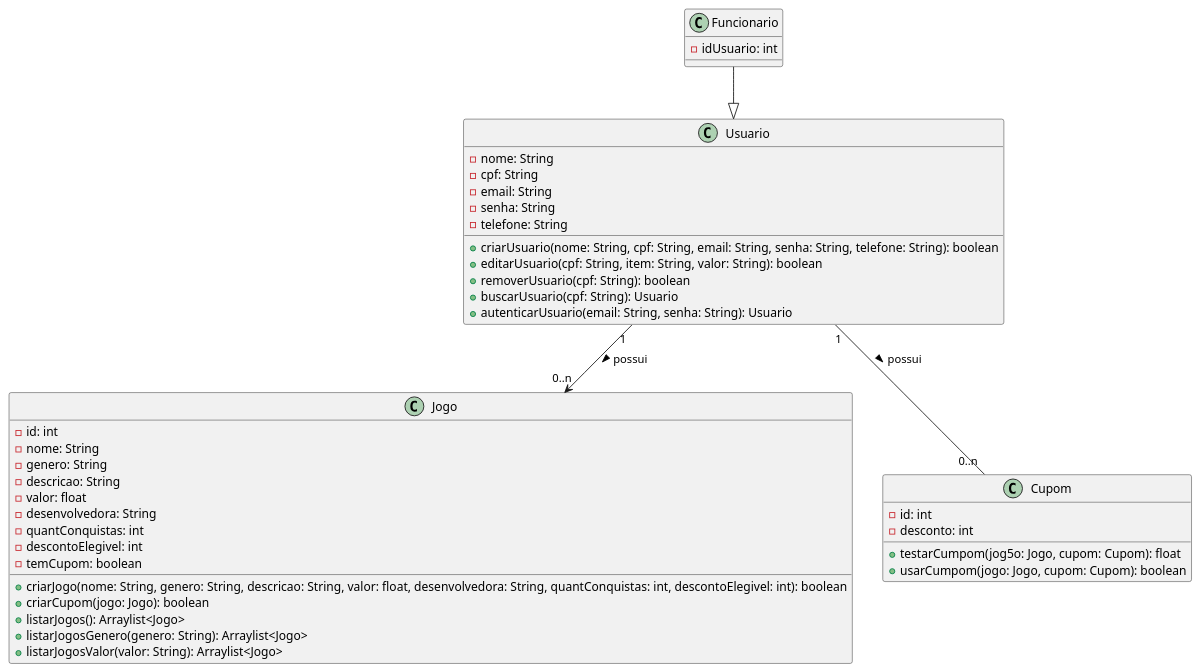
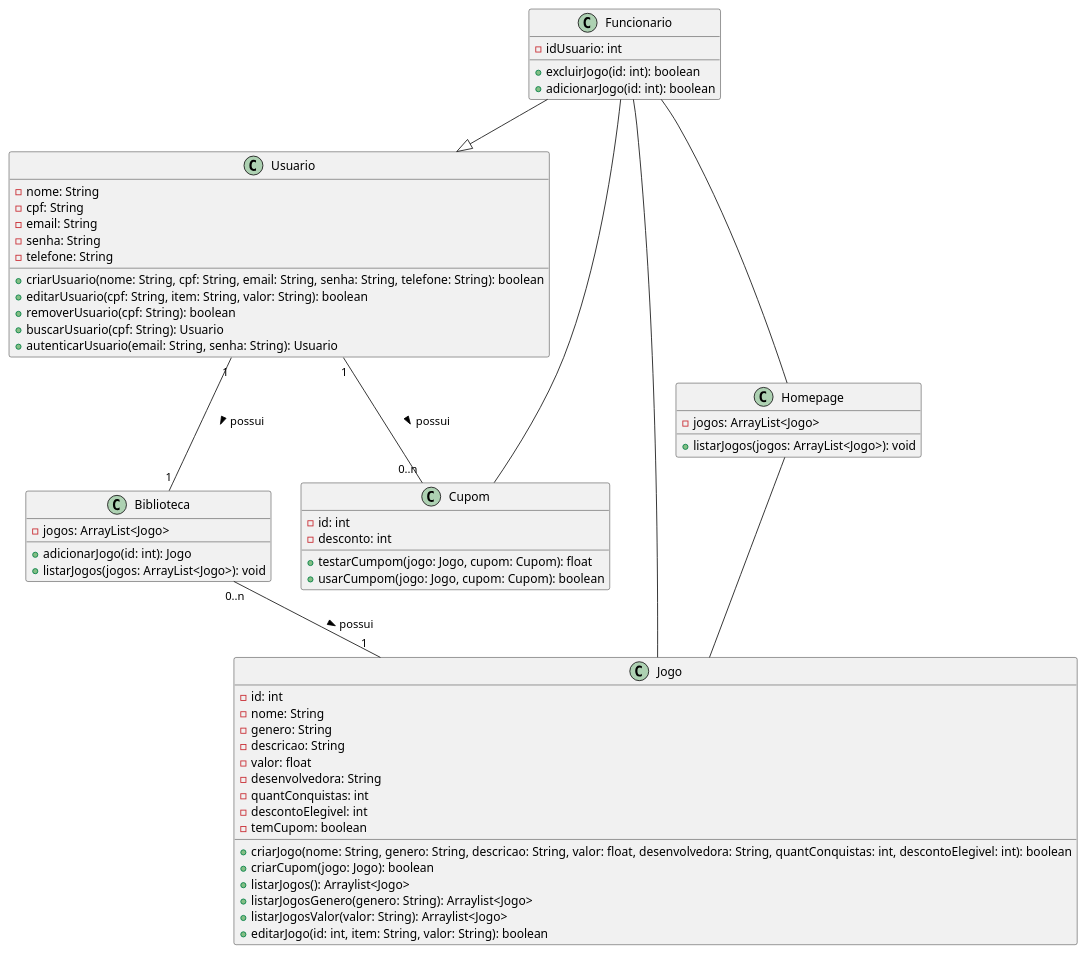
One commit to queirozPedro/PlatinumPlus changed the diagram in ProjetoPDS/desc/DiagramaDeClasses.iuml. Above: the diagram before and after it, drawn with PlantUML.

Commit message:
feat: adicionando mais classes

```diff
--- a/ProjetoPDS/desc/DiagramaDeClasses.iuml
+++ b/ProjetoPDS/desc/DiagramaDeClasses.iuml
@@ -1,53 +1,83 @@
 @startuml "Diagrama de Classes"
 
     class Usuario{
         -nome: String
         -cpf: String
         -email: String
         -senha: String
         -telefone: String
 
         +criarUsuario(nome: String, cpf: String, email: String, senha: String, telefone: String): boolean
         +editarUsuario(cpf: String, item: String, valor: String): boolean
         +removerUsuario(cpf: String): boolean
         +buscarUsuario(cpf: String): Usuario
         +autenticarUsuario(email: String, senha: String): Usuario
     }
 
     class Funcionario{
         -idUsuario: int
+
+        +excluirJogo(id: int): boolean
+        +adicionarJogo(id: int): boolean
     }
 
     Funcionario --|> Usuario
+
+    Funcionario -- Jogo
+
+    Funcionario -- Cupom
 
     class Jogo{
         -id: int
         -nome: String
         -genero: String
         -descricao: String
         -valor: float
         -desenvolvedora: String
         -quantConquistas: int
         -descontoElegivel: int
         -temCupom: boolean
 
         +criarJogo(nome: String, genero: String, descricao: String, valor: float, desenvolvedora: String, quantConquistas: int, descontoElegivel: int): boolean
         +criarCupom(jogo: Jogo): boolean
         +listarJogos(): Arraylist<Jogo>
         +listarJogosGenero(genero: String): Arraylist<Jogo>
         +listarJogosValor(valor: String): Arraylist<Jogo>
+        +editarJogo(id: int, item: String, valor: String): boolean
+
     }
 
-    Usuario "1" --> "0..n" Jogo: possui >
+    ' Usuario "1" --> "0..n" Jogo: possui >
 
     class Cupom{
         -id: int
         -desconto: int
 
-        +testarCumpom(jog5o: Jogo, cupom: Cupom): float
+        +testarCumpom(jogo: Jogo, cupom: Cupom): float
         +usarCumpom(jogo: Jogo, cupom: Cupom): boolean
     }
 
     Usuario "1" -- "0..n" Cupom: possui >
 
+    class Biblioteca{
+        -jogos: ArrayList<Jogo>
+
+        +adicionarJogo(id: int): Jogo
+        +listarJogos(jogos: ArrayList<Jogo>): void
+    }
+
+    Usuario "1" -- "1" Biblioteca: possui >
+
+    Biblioteca "0..n" -- "1" Jogo: possui >
+
+    class Homepage{
+        -jogos: ArrayList<Jogo>
+
+        +listarJogos(jogos: ArrayList<Jogo>): void
+    }
+
+    Homepage -- Jogo
+
+    Funcionario -- Homepage
+
 @enduml
```
